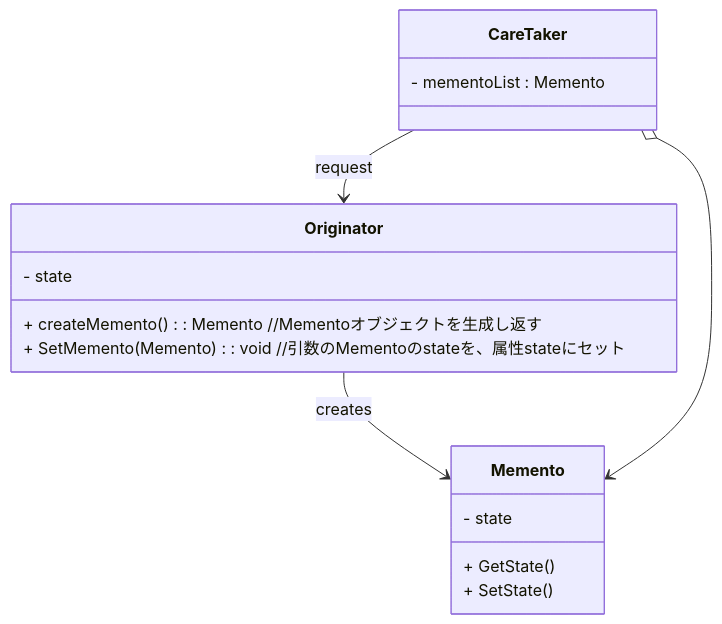
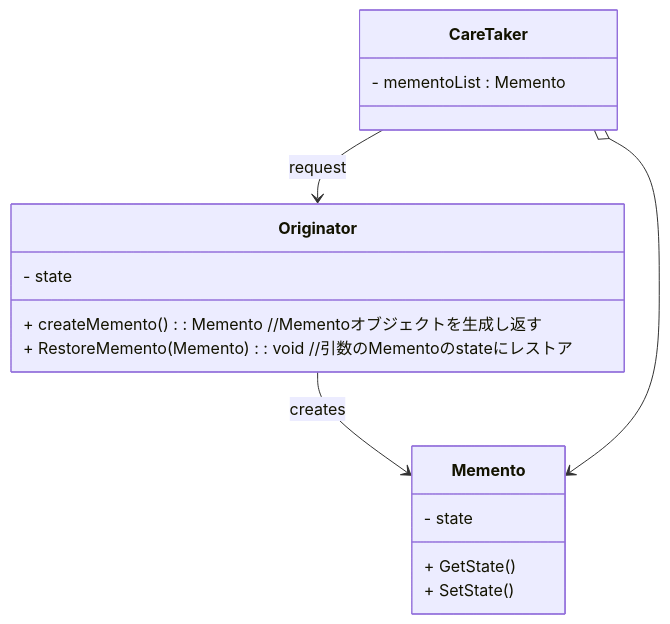
Before and after one commit to isoisoisso/08D20148: the first of 2 diagrams in Reports/Nusudo-junior.md, drawn with Mermaid. The commit also changed other lines of this file, not shown here.

Commit message:
add sequence

````diff
--- a/Reports/Nusudo-junior.md
+++ b/Reports/Nusudo-junior.md
@@ -17,21 +17,21 @@
 ```mermaid
 
 classDiagram
   class Originator{
     - state
     + createMemento() : Memento //Mementoオブジェクトを生成し返す
-    + SetMemento(Memento) : void //引数のMementoのstateを、属性stateにセット
+    + RestoreMemento(Memento) : void //引数のMementoのstateにレストア
   }
 
   class Memento{
     - state
     + GetState()
     + SetState()
   }
   class CareTaker{
     - mementoList : Memento
   }
 Originator --> Memento : creates
 CareTaker o--> Memento
 CareTaker --> Originator : request
 ```
````
